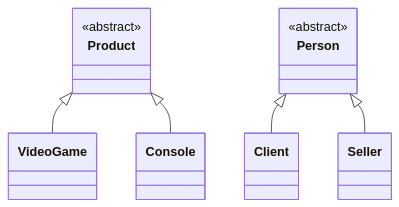
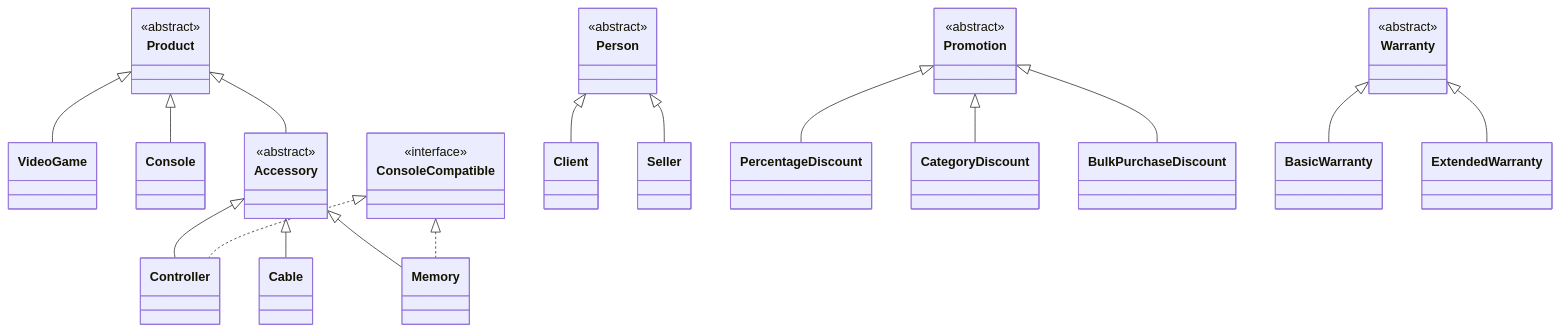
Before and after one commit to eymontenegro/GameZoneUnicesar2.0: the diagram in docs/hierarchy-diagram.md, drawn with Mermaid. The commit also changed other lines of this file and 12 other files, not shown here.

Commit message:
docs: merge module analysis and diagrams into base documents

````diff
--- a/docs/hierarchy-diagram.md
+++ b/docs/hierarchy-diagram.md
@@ -1,18 +1,51 @@
 ```mermaid
 classDiagram
     class Product {
         <<abstract>>
     }
     class VideoGame
     class Console
+    class Accessory {
+        <<abstract>>
+    }
+    class Controller
+    class Cable
+    class Memory
+    class ConsoleCompatible {
+        <<interface>>
+    }
     Product <|-- VideoGame
     Product <|-- Console
-
+    Product <|-- Accessory
+    Accessory <|-- Controller
+    Accessory <|-- Cable
+    Accessory <|-- Memory
+    ConsoleCompatible <|.. Controller
+    ConsoleCompatible <|.. Memory
+ 
     class Person {
         <<abstract>>
     }
     class Client
     class Seller
     Person <|-- Client
     Person <|-- Seller
+ 
+    class Promotion {
+        <<abstract>>
+    }
+    class PercentageDiscount
+    class CategoryDiscount
+    class BulkPurchaseDiscount
+    Promotion <|-- PercentageDiscount
+    Promotion <|-- CategoryDiscount
+    Promotion <|-- BulkPurchaseDiscount
+ 
+    class Warranty {
+        <<abstract>>
+    }
+    class BasicWarranty
+    class ExtendedWarranty
+    Warranty <|-- BasicWarranty
+    Warranty <|-- ExtendedWarranty
 ```
````
